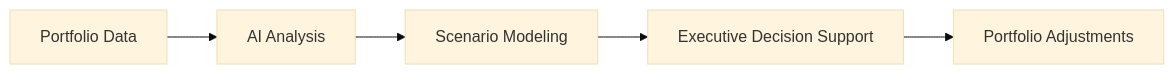
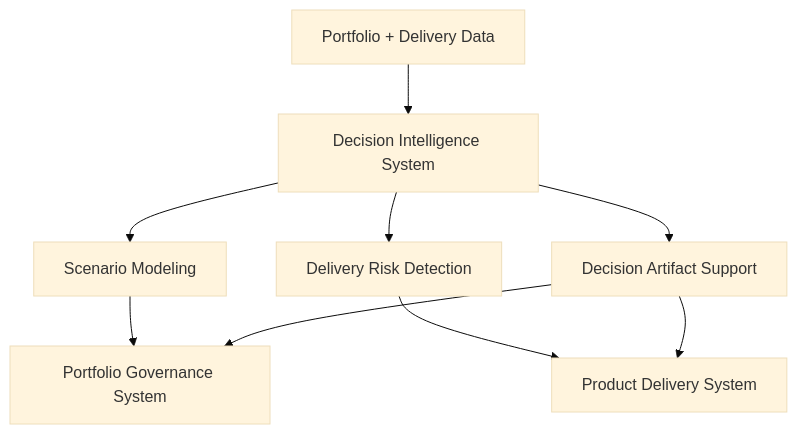
Before and after one commit to ChuckFerrando/decision-intelligence-system: the diagram in README.md, drawn with Mermaid (base theme). The commit also changed other lines of this file, not shown here.

````diff
--- a/README.md
+++ b/README.md
@@ -20,8 +26,14 @@
 ```mermaid
-flowchart LR
+flowchart TB
 
-A[Portfolio Data] --> B[AI Analysis]
+A[Portfolio + Delivery Data] --> B[Decision Intelligence System]
+
 B --> C[Scenario Modeling]
-C --> D[Executive Decision Support]
-D --> E[Portfolio Adjustments]
+B --> D[Delivery Risk Detection]
+B --> E[Decision Artifact Support]
+
+C --> F[Portfolio Governance System]
+D --> G[Product Delivery System]
+E --> F
+E --> G
 ```
````
